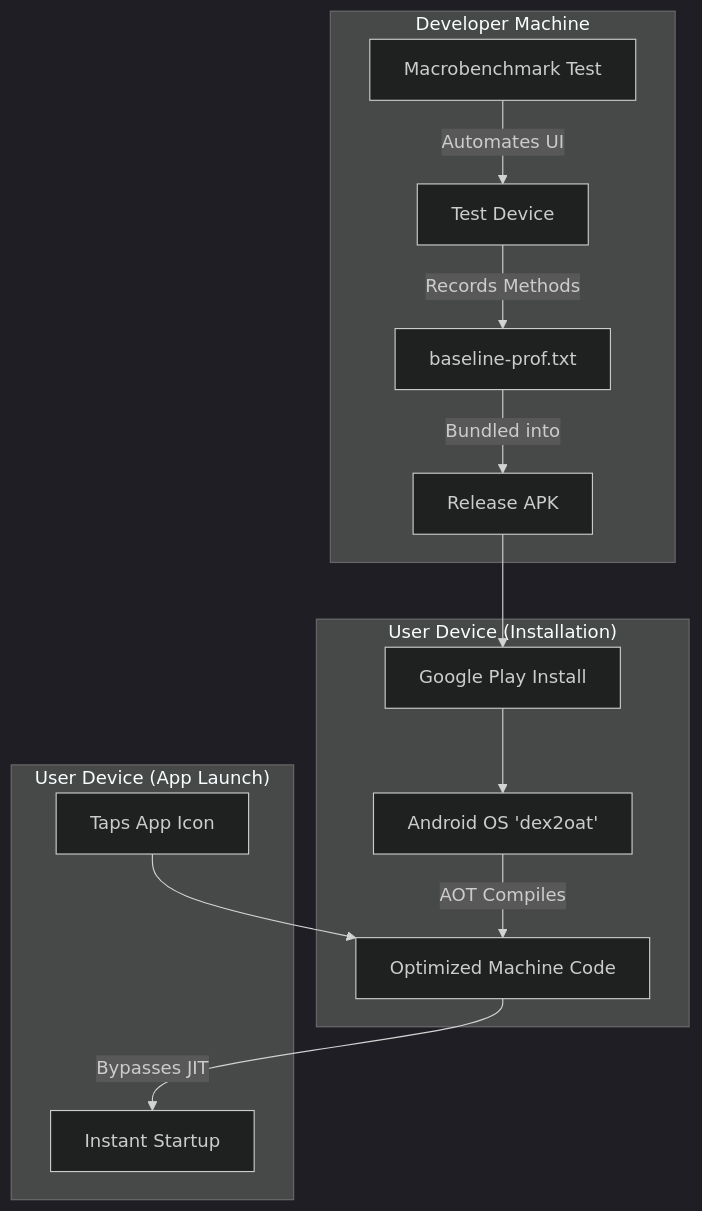
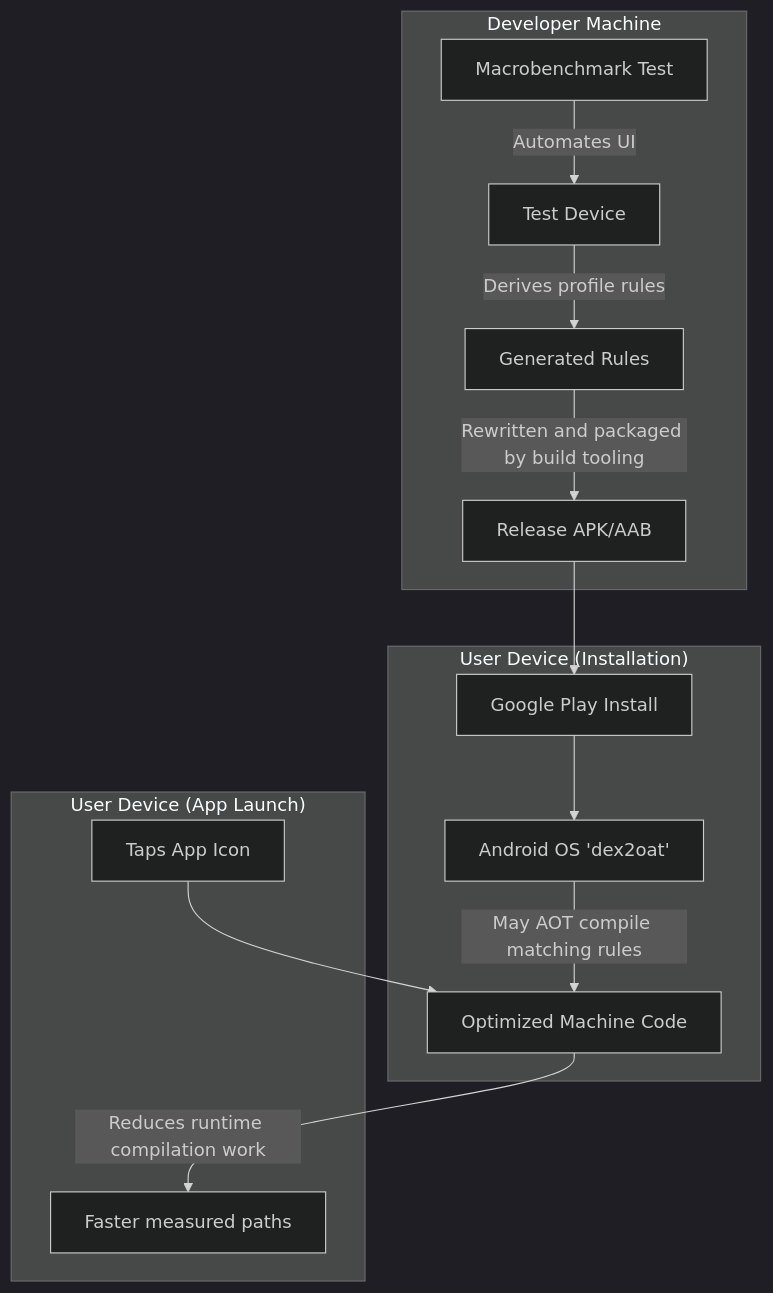
The diagram in android/performance/baseline-profiles.md (swarnsingh/android-staff-engineer-playbook-website), drawn with Mermaid (dark theme) before and after one commit. The commit also changed other lines of this file and 11 other files, not shown here.

````diff
--- a/android/performance/baseline-profiles.md
+++ b/android/performance/baseline-profiles.md
@@ -92,19 +91,19 @@
 ```mermaid
 graph TD
     subgraph "Developer Machine"
         Test[Macrobenchmark Test] -->|Automates UI| Device[Test Device]
-        Device -->|Records Methods| Txt[baseline-prof.txt]
-        Txt -->|Bundled into| APK[Release APK]
+        Device -->|Derives profile rules| Txt[Generated Rules]
+        Txt -->|Rewritten and packaged by build tooling| APK[Release APK/AAB]
     end
     
     subgraph "User Device (Installation)"
         APK --> Play[Google Play Install]
         Play --> OS[Android OS 'dex2oat']
-        OS -->|AOT Compiles| ODEX[Optimized Machine Code]
+        OS -->|May AOT compile matching rules| ODEX[Optimized Machine Code]
     end
     
     subgraph "User Device (App Launch)"
         User[Taps App Icon] --> ODEX
-        ODEX -->|Bypasses JIT| Fast[Instant Startup]
+        ODEX -->|Reduces runtime compilation work| Fast[Faster measured paths]
     end
 ```
````
